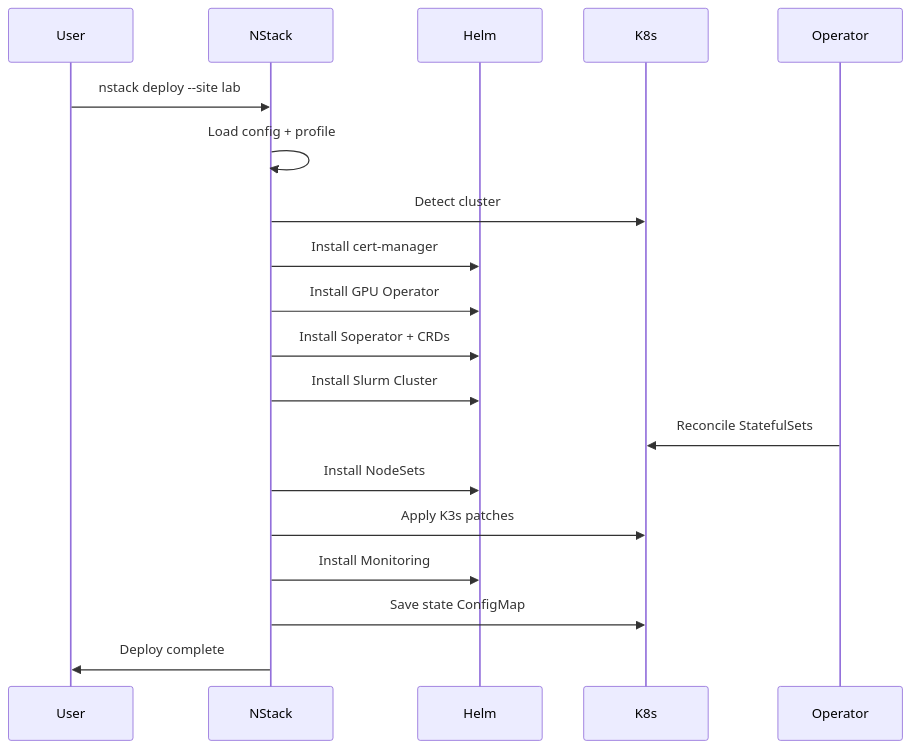
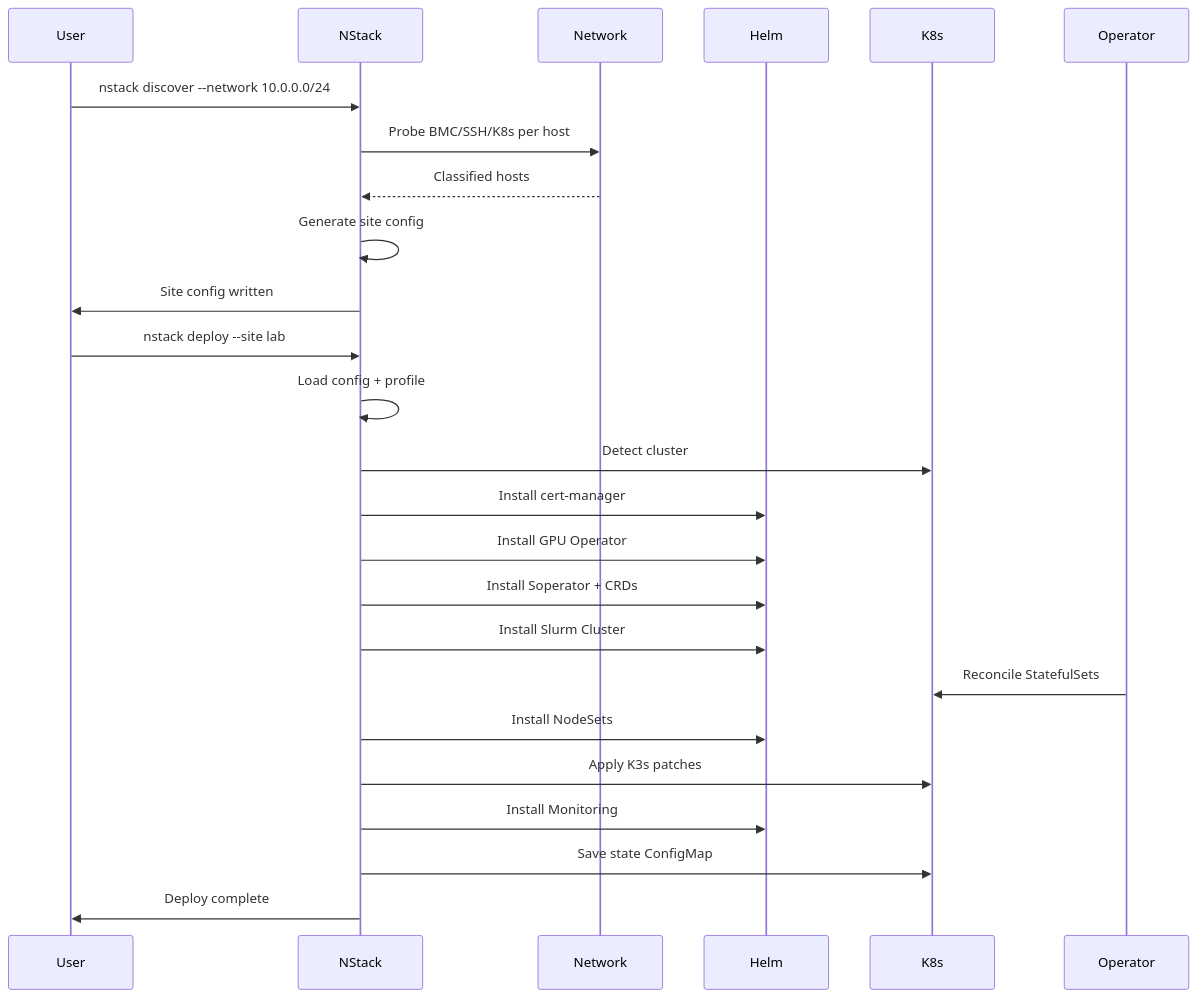
One commit to todd-chamberlain/nstack changed the fifth of 7 diagrams in docs/architecture.md. Above: the diagram before and after it, drawn with Mermaid. The commit also changed other lines of this file and 2 other files, not shown here.

Commit message:
docs: add network discovery architecture, security model, probe extension guide

````diff
--- a/docs/architecture.md
+++ b/docs/architecture.md
@@ -77,22 +150,29 @@
 ```mermaid
 sequenceDiagram
     participant User
     participant NStack
+    participant Network
     participant Helm
     participant K8s
     participant Operator
+
+    User->>NStack: nstack discover --network 10.0.0.0/24
+    NStack->>Network: Probe BMC/SSH/K8s per host
+    Network-->>NStack: Classified hosts
+    NStack->>NStack: Generate site config
+    NStack->>User: Site config written
 
     User->>NStack: nstack deploy --site lab
     NStack->>NStack: Load config + profile
     NStack->>K8s: Detect cluster
     NStack->>Helm: Install cert-manager
     NStack->>Helm: Install GPU Operator
     NStack->>Helm: Install Soperator + CRDs
     NStack->>Helm: Install Slurm Cluster
     Operator->>K8s: Reconcile StatefulSets
     NStack->>Helm: Install NodeSets
     NStack->>K8s: Apply K3s patches
     NStack->>Helm: Install Monitoring
     NStack->>K8s: Save state ConfigMap
     NStack->>User: Deploy complete
 ```
````
